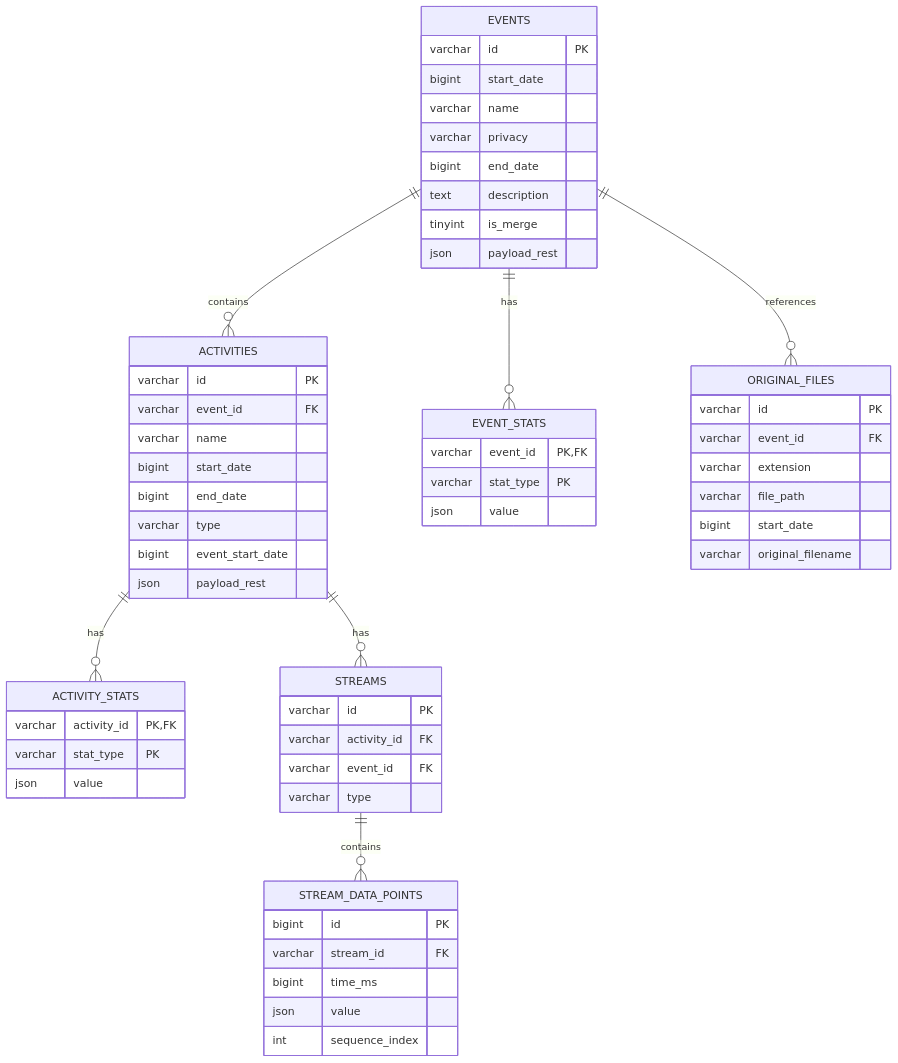
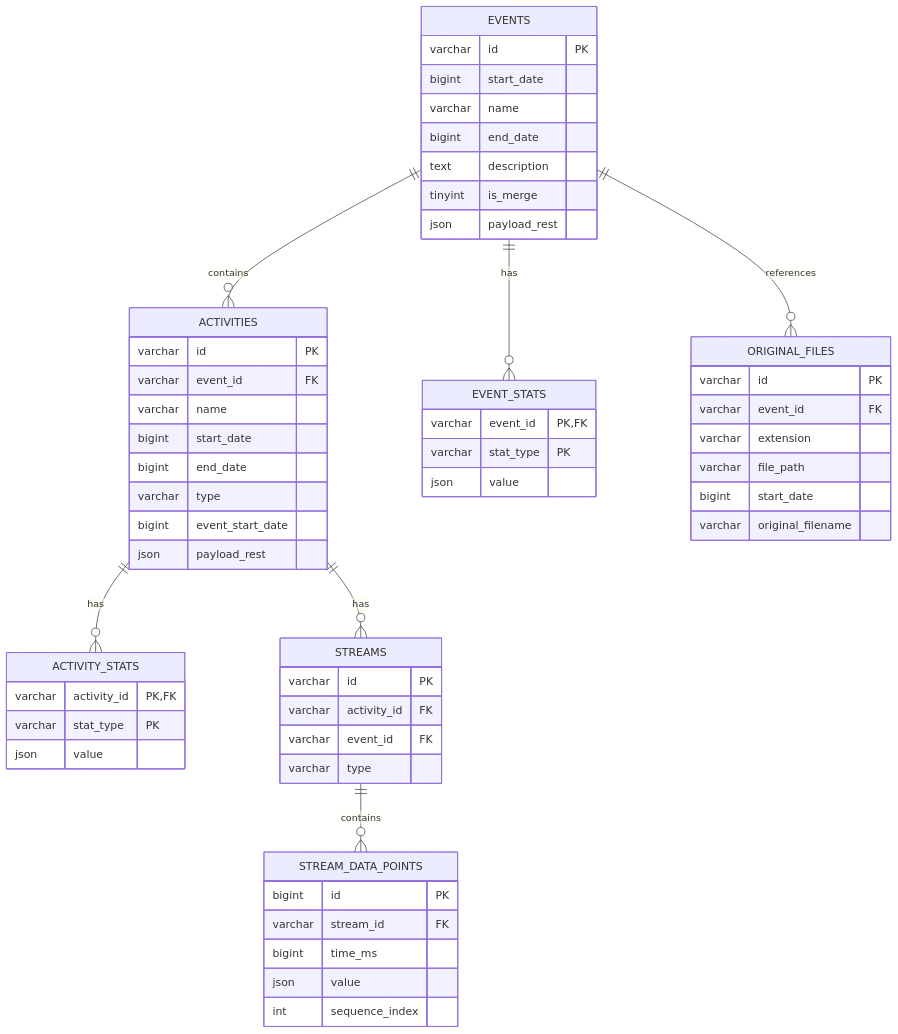
The second of 4 diagrams in docs/ARCHITECTURE.md (luispabon/OpenFitLab), drawn with Mermaid before and after one commit. The commit also changed other lines of this file and 5 other files, not shown here.

````diff
--- a/docs/ARCHITECTURE.md
+++ b/docs/ARCHITECTURE.md
@@ -46,67 +46,66 @@
 ```mermaid
 erDiagram
     EVENTS ||--o{ ACTIVITIES : contains
     EVENTS ||--o{ EVENT_STATS : has
     EVENTS ||--o{ ORIGINAL_FILES : references
     ACTIVITIES ||--o{ ACTIVITY_STATS : has
     ACTIVITIES ||--o{ STREAMS : has
     STREAMS ||--o{ STREAM_DATA_POINTS : contains
     
     EVENTS {
         varchar id PK
         bigint start_date
         varchar name
-        varchar privacy
         bigint end_date
         text description
         tinyint is_merge
         json payload_rest
     }
     
     EVENT_STATS {
         varchar event_id PK,FK
         varchar stat_type PK
         json value
     }
     
     ACTIVITIES {
         varchar id PK
         varchar event_id FK
         varchar name
         bigint start_date
         bigint end_date
         varchar type
         bigint event_start_date
         json payload_rest
     }
     
     ACTIVITY_STATS {
         varchar activity_id PK,FK
         varchar stat_type PK
         json value
     }
     
     STREAMS {
         varchar id PK
         varchar activity_id FK
         varchar event_id FK
         varchar type
     }
     
     STREAM_DATA_POINTS {
         bigint id PK
         varchar stream_id FK
         bigint time_ms
         json value
         int sequence_index
     }
     
     ORIGINAL_FILES {
         varchar id PK
         varchar event_id FK
         varchar extension
         varchar file_path
         bigint start_date
         varchar original_filename
     }
 ```
````
